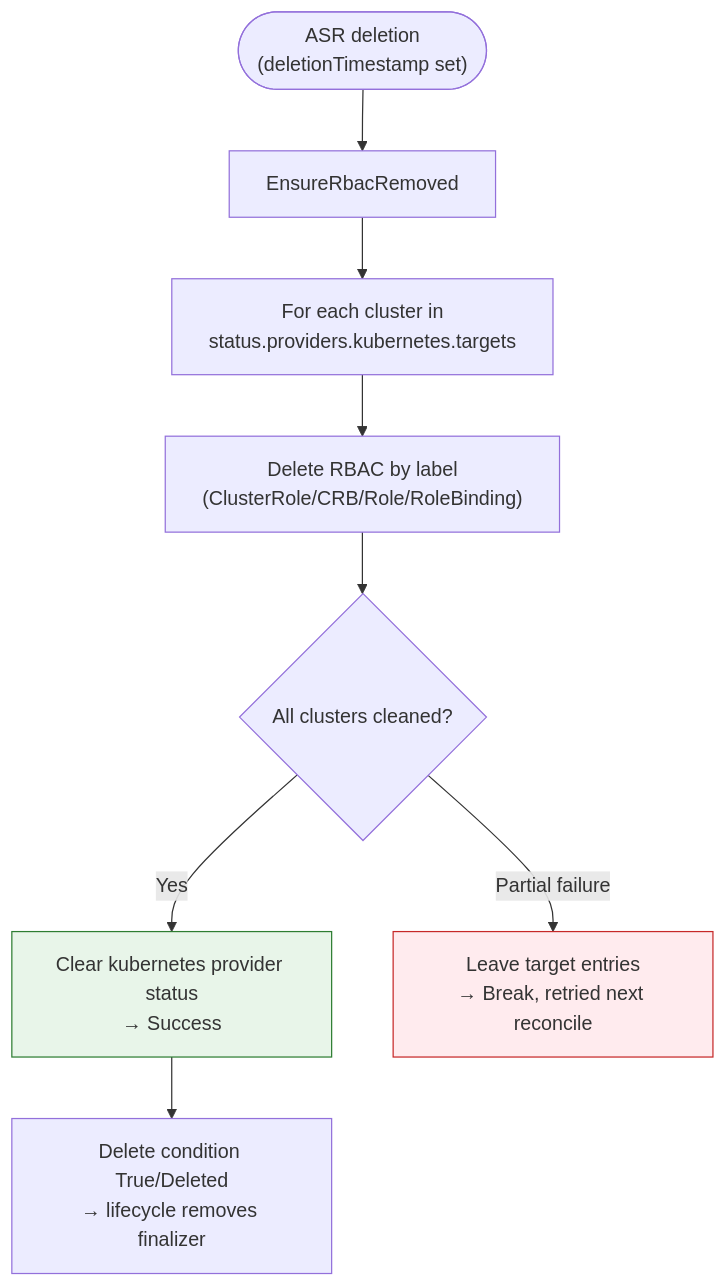
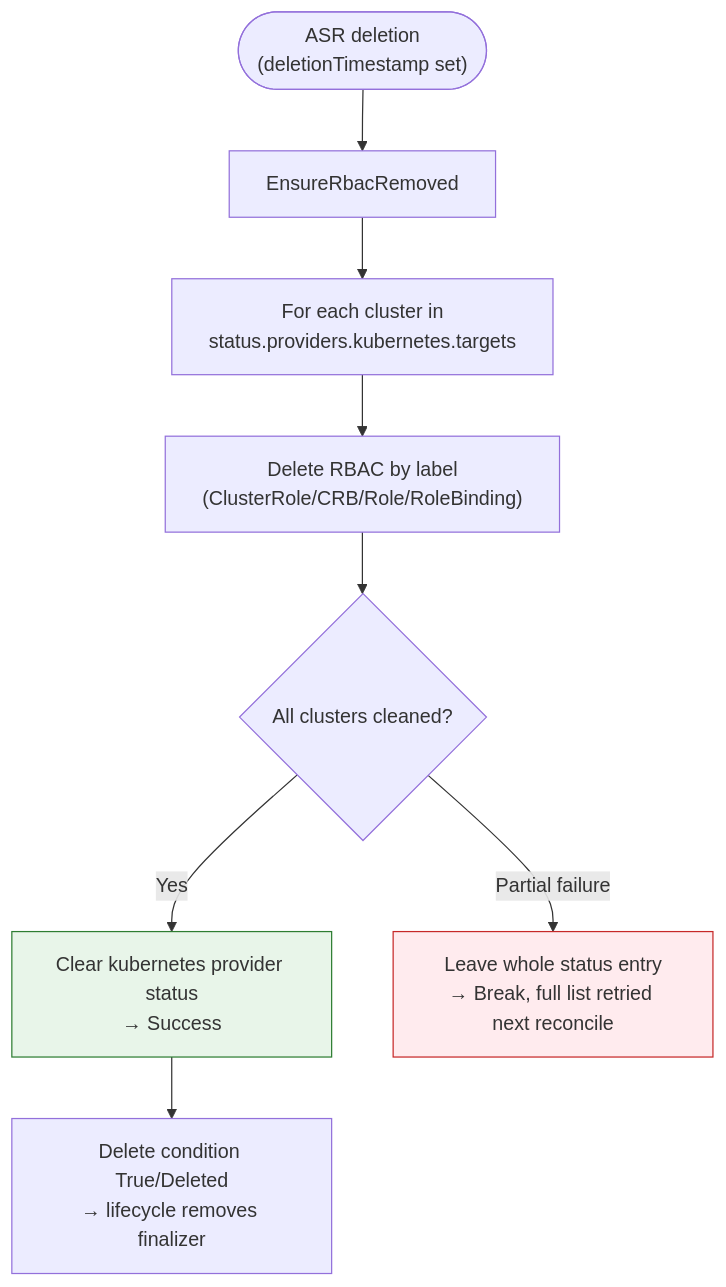
Before and after one commit to cloudoperators/permission-manager: the fourth of 5 diagrams in docs/reconciler-flows.md, drawn with Mermaid. The commit also changed other lines of this file and 2 other files, not shown here.

First line of the commit message:
docs: apply review feedback on reconcile flow and drift fixes

````diff
--- a/docs/reconciler-flows.md
+++ b/docs/reconciler-flows.md
@@ -264,19 +280,19 @@
 ```mermaid
 flowchart TD
     DEL(["ASR deletion<br/>(deletionTimestamp set)"])
     DEL --> REMOVE["EnsureRbacRemoved"]
 
     REMOVE --> LOOP["For each cluster in<br/>status.providers.kubernetes.targets"]
     LOOP --> DELETE["Delete RBAC by label<br/>(ClusterRole/CRB/Role/RoleBinding)"]
 
     DELETE --> RESULT{"All clusters cleaned?"}
     RESULT -->|"Yes"| CLEAR["Clear kubernetes provider status<br/>→ Success"]
-    RESULT -->|"Partial failure"| RETRY["Leave target entries<br/>→ Break, retried next reconcile"]
+    RESULT -->|"Partial failure"| RETRY["Leave whole status entry<br/>→ Break, full list retried next reconcile"]
 
     CLEAR --> FIN["Delete condition True/Deleted<br/>→ lifecycle removes finalizer"]
 
     click REMOVE "https://github.com/cloudoperators/permission-manager/blob/main/internal/provider/k8s/ensure_orphans_removed.go" "EnsureRbacRemoved"
 
     style CLEAR fill:#e8f5e9,stroke:#2e7d32
     style RETRY fill:#ffebee,stroke:#c62828
 ```
````
